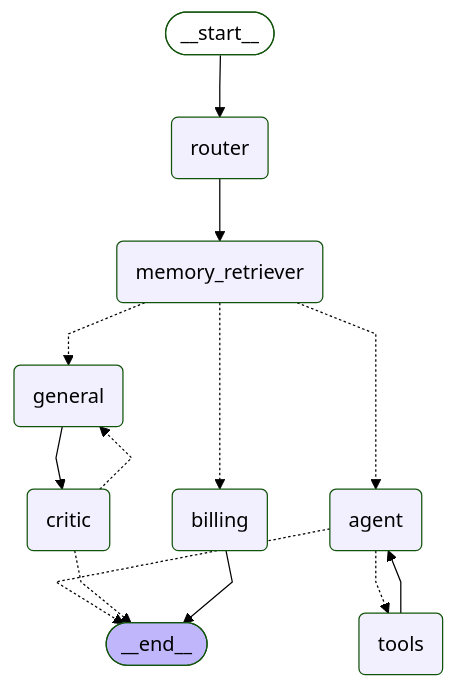
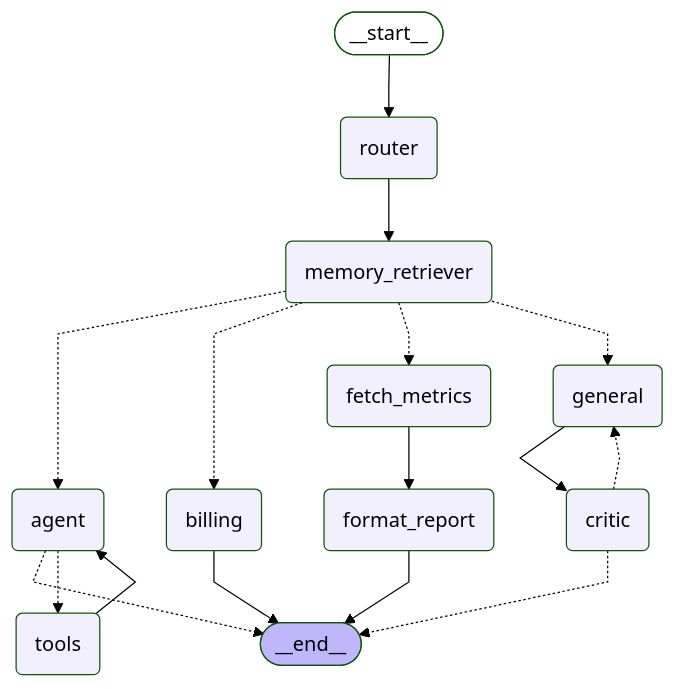
Before and after one commit to shaynemeyer/agentic-enterprise: the diagram in docs/graph.mmd, drawn with Mermaid (forest theme).

Commit message:
regenerate docs/graph.mmd: stale since lab 49 added fetch_metrics/format_report
Missing the investment route (fetch_metrics -> format_report) added in
lab 49; unrelated to lab 50, whose research graph is a separate,
standalone StateGraph that never appears in this diagram.

```diff
--- a/docs/graph.mmd
+++ b/docs/graph.mmd
@@ -1,30 +1,35 @@
 ---
 config:
   flowchart:
     curve: linear
 ---
 graph TD;
 	__start__([<p>__start__</p>]):::first
 	router(router)
 	agent(agent)
 	billing(billing)
 	general(general)
 	critic(critic)
+	fetch_metrics(fetch_metrics)
+	format_report(format_report)
 	memory_retriever(memory_retriever)
 	tools(tools)
 	__end__([<p>__end__</p>]):::last
 	__start__ --> router;
 	agent -.-> __end__;
 	agent -.-> tools;
 	critic -.-> __end__;
 	critic -.-> general;
+	fetch_metrics --> format_report;
 	general --> critic;
 	memory_retriever -.-> agent;
 	memory_retriever -.-> billing;
+	memory_retriever -.-> fetch_metrics;
 	memory_retriever -.-> general;
 	router --> memory_retriever;
 	tools --> agent;
 	billing --> __end__;
+	format_report --> __end__;
 	classDef default fill:#f2f0ff,line-height:1.2
 	classDef first fill-opacity:0
 	classDef last fill:#bfb6fc
```
